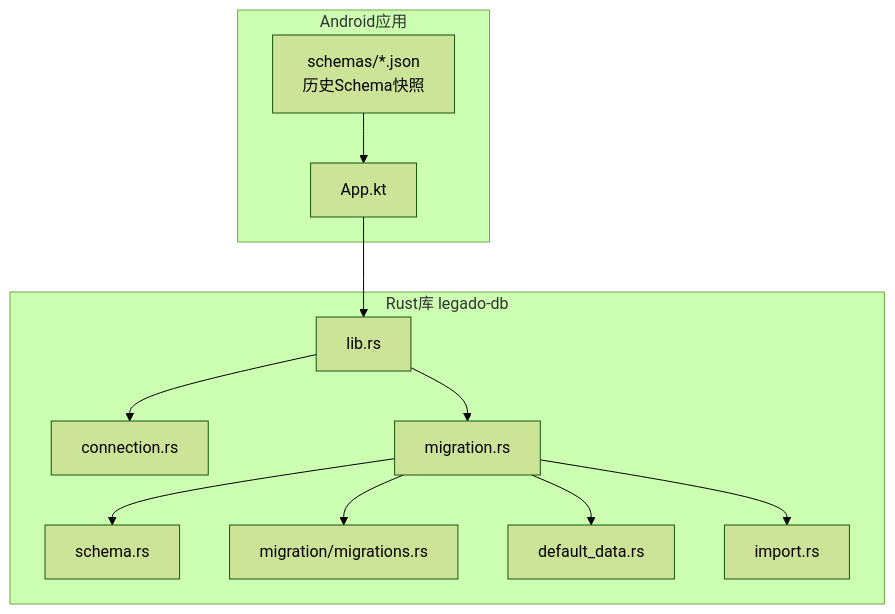
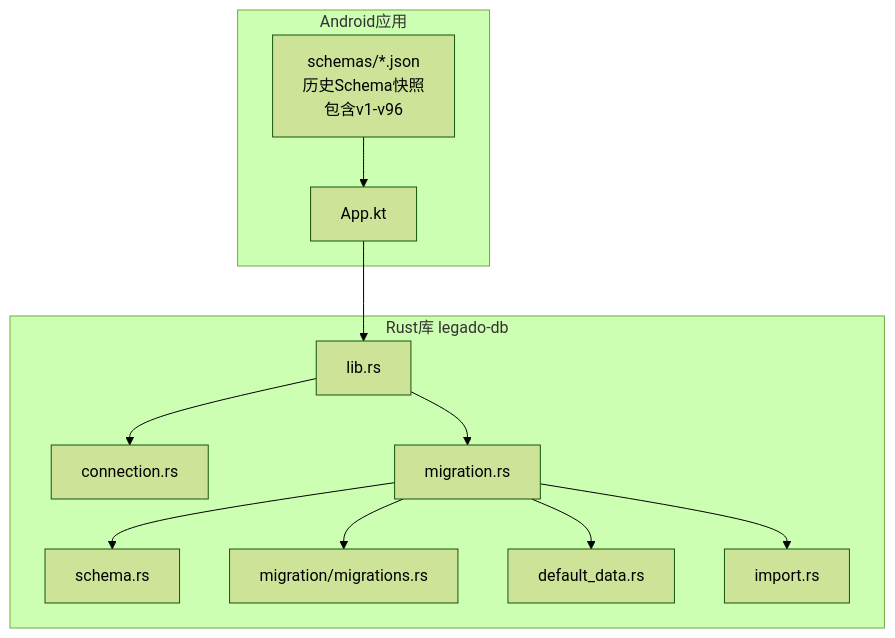
Before and after one commit to ZhangGHGitHub/LegadoTeamFlutter: the first of 3 diagrams in .qoder/repowiki/zh/content/数据库设计/数据库迁移.md, drawn with Mermaid (forest theme). The commit also changed other lines of this file and 68 other files, not shown here.

````diff
--- a/.qoder/repowiki/zh/content/数据库设计/数据库迁移.md
+++ b/.qoder/repowiki/zh/content/数据库设计/数据库迁移.md
@@ -38,24 +48,24 @@
 ```mermaid
 graph TB
 subgraph "Android应用"
 AppKt["App.kt"]
-RoomSchemas["schemas/*.json<br/>历史Schema快照"]
+RoomSchemas["schemas/*.json<br/>历史Schema快照<br/>包含v1-v96"]
 end
 subgraph "Rust库 legado-db"
 LibRs["lib.rs"]
 ConnRs["connection.rs"]
 SchemaRs["schema.rs"]
 MigRs["migration.rs"]
 MigsRs["migration/migrations.rs"]
 DefDataRs["default_data.rs"]
 ImportRs["import.rs"]
 end
 AppKt --> LibRs
 RoomSchemas --> AppKt
 LibRs --> ConnRs
 LibRs --> MigRs
 MigRs --> MigsRs
 MigRs --> SchemaRs
 MigRs --> DefDataRs
 MigRs --> ImportRs
 ```
````
